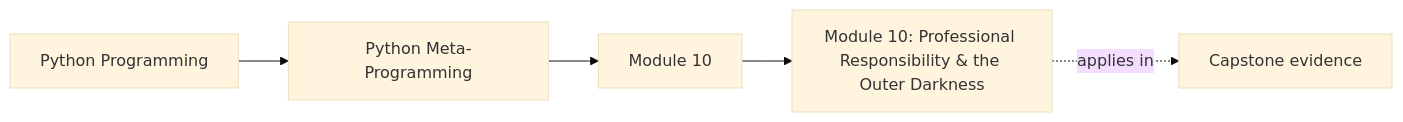
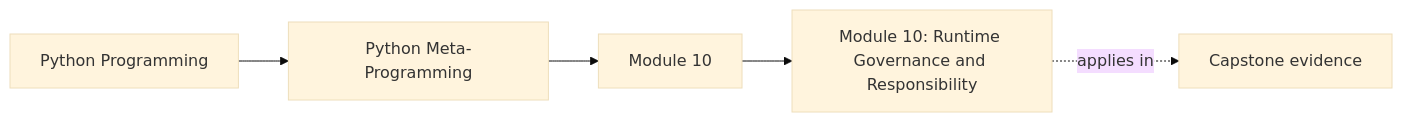
One commit to bijux/bijux-masterclass changed the first of 5 diagrams in programs/python-programming/python-meta-programming/course-book/module-10.md. Above: the diagram before and after it, drawn with Mermaid (base theme). The commit also changed other lines of this file and 5 other files, not shown here.

````diff
--- a/programs/python-programming/python-meta-programming/course-book/module-10.md
+++ b/programs/python-programming/python-meta-programming/course-book/module-10.md
@@ -8,11 +8,11 @@
 ```mermaid
 graph LR
   family["Python Programming"]
   program["Python Meta-Programming"]
   section["Module 10"]
-  page["Module 10: Professional Responsibility & the Outer Darkness"]
+  page["Module 10: Runtime Governance and Responsibility"]
   capstone["Capstone evidence"]
 
   family --> program --> section --> page
   page -.applies in.-> capstone
 ```
````
